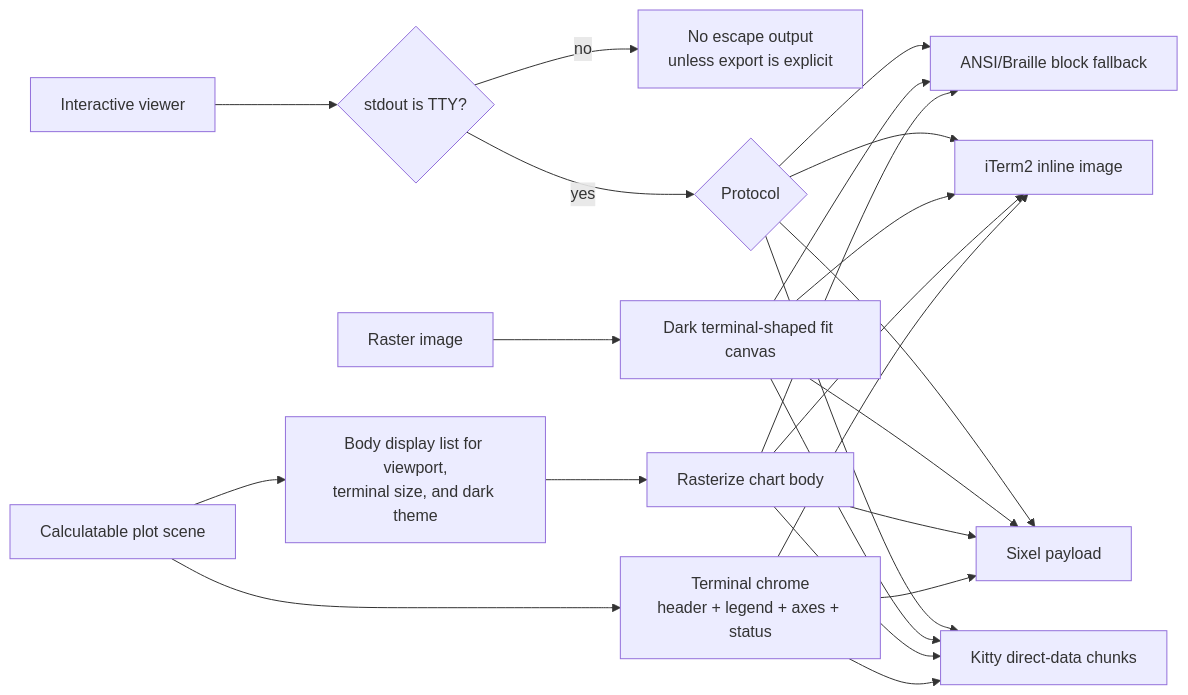
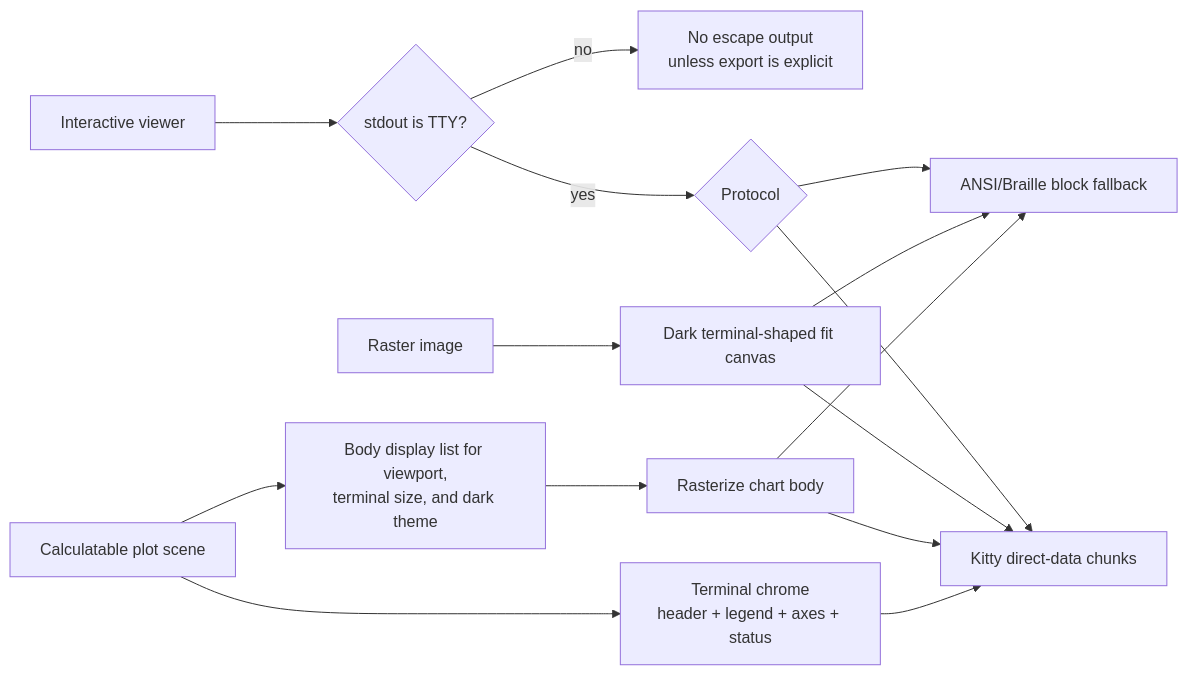
Before and after one commit to siriusctrl/termviz: the second of 3 diagrams in README.md, drawn with Mermaid. The commit also changed other lines of this file and 15 other files, not shown here.

````diff
--- a/README.md
+++ b/README.md
@@ -155,28 +152,20 @@
 ```mermaid
 flowchart LR
     route["Interactive viewer"] --> tty{"stdout is TTY?"}
     tty -- no --> scriptable["No escape output\nunless export is explicit"]
     tty -- yes --> protocol{"Protocol"}
 
     protocol --> kitty["Kitty direct-data chunks"]
-    protocol --> sixel["Sixel payload"]
-    protocol --> iterm["iTerm2 inline image"]
     protocol --> blocks["ANSI/Braille block fallback"]
 
     raster["Raster image"] --> fit["Dark terminal-shaped fit canvas"]
     plot["Calculatable plot scene"] --> chrome["Terminal chrome\nheader + legend + axes + status"]
     plot --> commands["Body display list for viewport,\nterminal size, and dark theme"]
     commands --> rerender["Rasterize chart body"]
 
     fit --> kitty
-    fit --> sixel
-    fit --> iterm
     fit --> blocks
     rerender --> kitty
-    rerender --> sixel
-    rerender --> iterm
     rerender --> blocks
     chrome --> kitty
-    chrome --> sixel
-    chrome --> iterm
 ```
````
